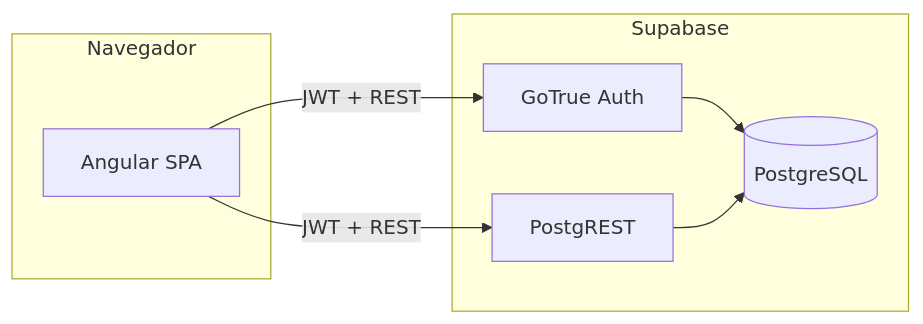
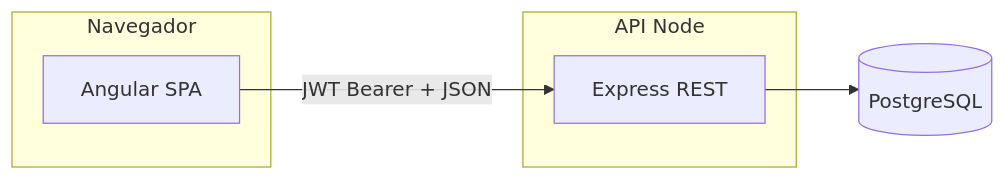
One commit to joaofelipex/sig-gestaoti-hub changed the first of 2 diagrams in docs/architecture.md. Above: the diagram before and after it, drawn with Mermaid. The commit also changed other lines of this file and 72 other files, not shown here.

````diff
--- a/docs/architecture.md
+++ b/docs/architecture.md
@@ -13,15 +13,12 @@
 ```mermaid
 flowchart LR
   subgraph browser [Navegador]
     SPA[Angular SPA]
   end
-  subgraph supa [Supabase]
-    Auth[GoTrue Auth]
-    API[PostgREST]
-    PG[(PostgreSQL)]
-    Auth --> PG
-    API --> PG
+  subgraph api [API Node]
+    REST[Express REST]
   end
-  SPA -->|JWT + REST| Auth
-  SPA -->|JWT + REST| API
+  PG[(PostgreSQL)]
+  SPA -->|JWT Bearer + JSON| REST
+  REST --> PG
 ```
````
